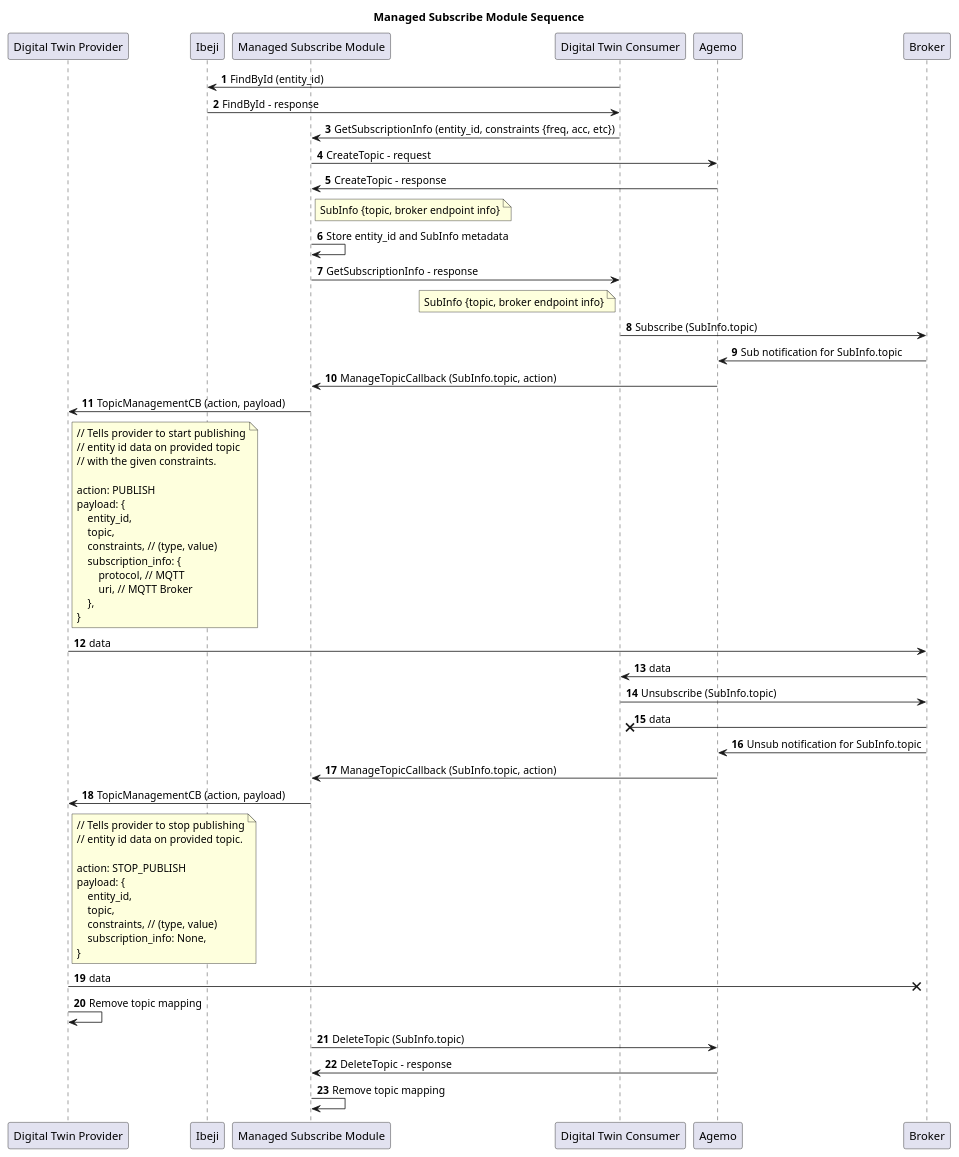
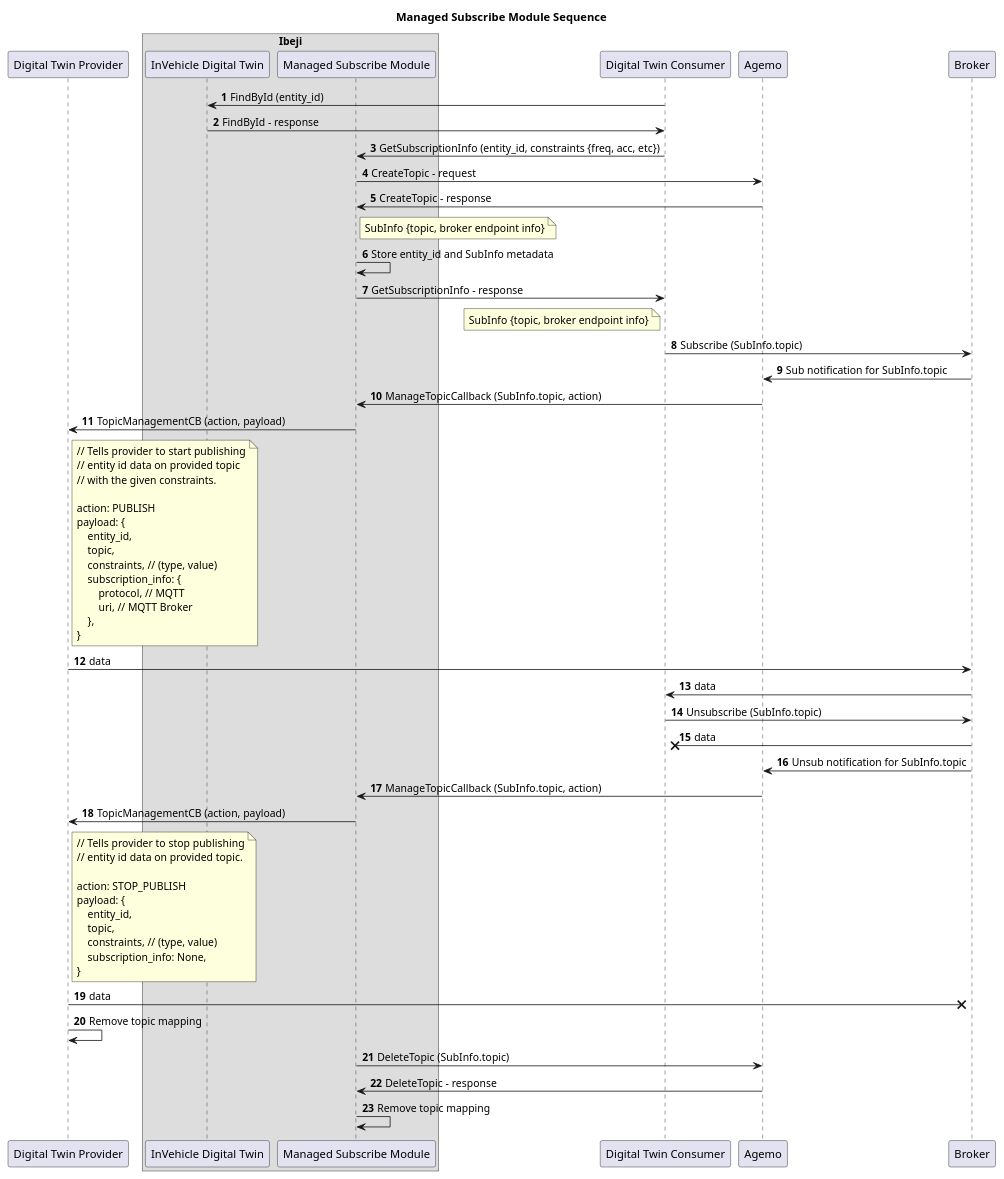
Before and after one commit to eclipse-ibeji/ibeji: the diagram in docs/design/diagrams/managed_subscribe_module_sequence.puml, drawn with PlantUML. The commit also changed 8 other files, not shown here.

Commit message:
Update diagrams and Managed Subscribe Readme

```diff
--- a/docs/design/diagrams/managed_subscribe_module_sequence.puml
+++ b/docs/design/diagrams/managed_subscribe_module_sequence.puml
@@ -1,65 +1,67 @@
 @startuml Managed Subscribe Module
 title Managed Subscribe Module Sequence
 participant "Digital Twin Provider" as DTProvider
-participant Ibeji
+box "Ibeji"
+participant "InVehicle Digital Twin" as Ibeji
 participant "Managed Subscribe Module" as ManagedSubscribeModule
+end box
 participant "Digital Twin Consumer" as DTConsumer
 participant Agemo
 participant Broker
 
 autonumber
 
 DTConsumer -> Ibeji: FindById (entity_id)
 DTConsumer <- Ibeji: FindById - response
 DTConsumer -> ManagedSubscribeModule: GetSubscriptionInfo (entity_id, constraints {freq, acc, etc})
 ManagedSubscribeModule -> Agemo: CreateTopic - request
 Agemo -> ManagedSubscribeModule: CreateTopic - response
 note right of ManagedSubscribeModule: SubInfo {topic, broker endpoint info}
 ManagedSubscribeModule -> ManagedSubscribeModule: Store entity_id and SubInfo metadata
 ManagedSubscribeModule -> DTConsumer: GetSubscriptionInfo - response
 note left of DTConsumer: SubInfo {topic, broker endpoint info}
 DTConsumer -> Broker: Subscribe (SubInfo.topic)
 Broker -> Agemo: Sub notification for SubInfo.topic
 Agemo -> ManagedSubscribeModule: ManageTopicCallback (SubInfo.topic, action)
 ManagedSubscribeModule -> DTProvider: TopicManagementCB (action, payload)
 note right of DTProvider
 // Tells provider to start publishing
 // entity id data on provided topic
 // with the given constraints.
 
 action: PUBLISH
 payload: {
     entity_id,
     topic,
     constraints, // (type, value)
     subscription_info: {
         protocol, // MQTT
         uri, // MQTT Broker
     },
 }
 end note
 DTProvider -> Broker: data
 DTConsumer <- Broker : data
 DTConsumer -> Broker: Unsubscribe (SubInfo.topic)
 DTConsumer x<- Broker: data
 Broker -> Agemo: Unsub notification for SubInfo.topic
 Agemo -> ManagedSubscribeModule: ManageTopicCallback (SubInfo.topic, action)
 DTProvider <- ManagedSubscribeModule: TopicManagementCB (action, payload)
 note right of DTProvider
 // Tells provider to stop publishing
 // entity id data on provided topic.
 
 action: STOP_PUBLISH
 payload: {
     entity_id,
     topic,
     constraints, // (type, value)
     subscription_info: None,
 }
 end note
 DTProvider ->x Broker: data
 DTProvider -> DTProvider: Remove topic mapping
 ManagedSubscribeModule -> Agemo: DeleteTopic (SubInfo.topic)
 ManagedSubscribeModule <- Agemo: DeleteTopic - response
 ManagedSubscribeModule -> ManagedSubscribeModule: Remove topic mapping
 @enduml
```
